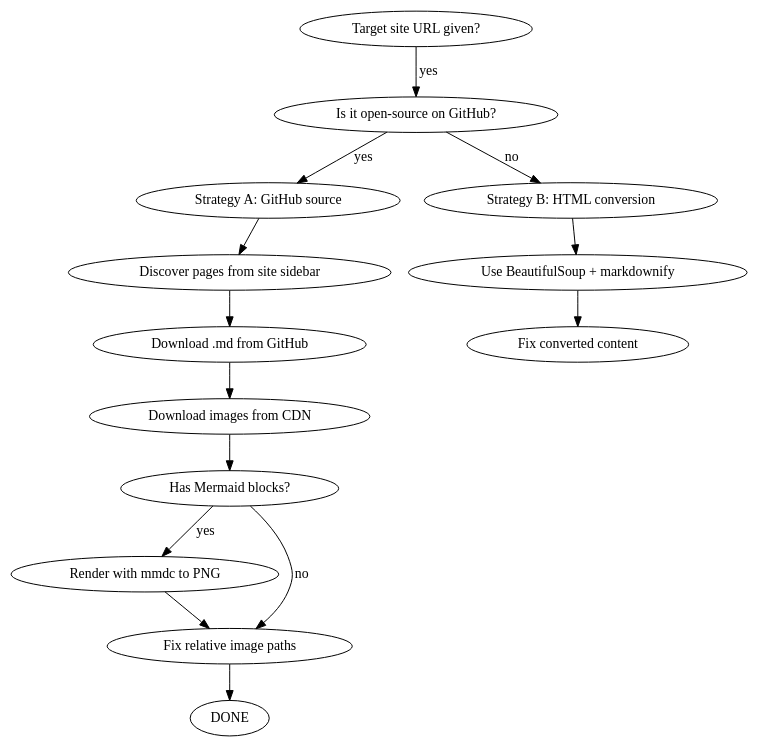
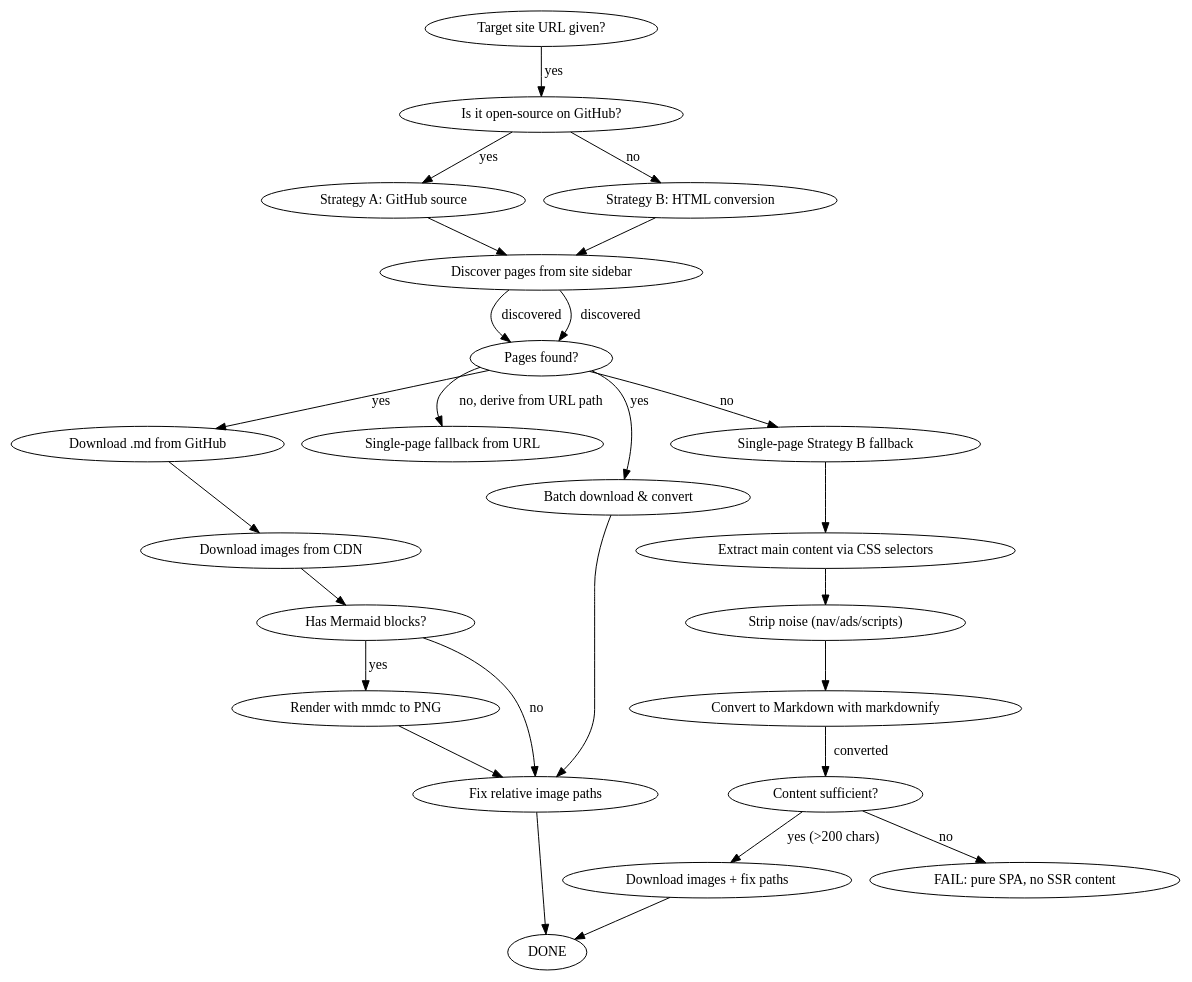
The diagram in skills/web-to-local-md/SKILL.md (Wendymayu/good-skills), drawn with Graphviz before and after one commit. The commit also changed other lines of this file and 2 other files, not shown here.

Commit message:
docs(web-to-local-md): update SKILL.md, common-issues, AGENTS.md for Strategy B

````diff
--- a/skills/web-to-local-md/SKILL.md
+++ b/skills/web-to-local-md/SKILL.md
@@ -29,17 +35,29 @@
 ```dot
 digraph decision {
   "Target site URL given?" -> "Is it open-source on GitHub?" [label="yes"];
   "Is it open-source on GitHub?" -> "Strategy A: GitHub source" [label="yes"];
   "Is it open-source on GitHub?" -> "Strategy B: HTML conversion" [label="no"];
   "Strategy A: GitHub source" -> "Discover pages from site sidebar";
-  "Discover pages from site sidebar" -> "Download .md from GitHub";
+  "Discover pages from site sidebar" -> "Pages found?" [label="discovered"];
+  "Pages found?" -> "Download .md from GitHub" [label="yes"];
+  "Pages found?" -> "Single-page fallback from URL" [label="no, derive from URL path"];
   "Download .md from GitHub" -> "Download images from CDN";
   "Download images from CDN" -> "Has Mermaid blocks?";
   "Has Mermaid blocks?" -> "Render with mmdc to PNG" [label="yes"];
   "Has Mermaid blocks?" -> "Fix relative image paths" [label="no"];
   "Render with mmdc to PNG" -> "Fix relative image paths";
-  "Strategy B: HTML conversion" -> "Use BeautifulSoup + markdownify";
-  "Use BeautifulSoup + markdownify" -> "Fix converted content";
+  "Strategy B: HTML conversion" -> "Discover pages from site sidebar";
+  "Discover pages from site sidebar" -> "Pages found?" [label="discovered"];
+  "Pages found?" -> "Batch download & convert" [label="yes"];
+  "Pages found?" -> "Single-page Strategy B fallback" [label="no"];
+  "Single-page Strategy B fallback" -> "Extract main content via CSS selectors";
+  "Extract main content via CSS selectors" -> "Strip noise (nav/ads/scripts)";
+  "Strip noise (nav/ads/scripts)" -> "Convert to Markdown with markdownify";
+  "Convert to Markdown with markdownify" -> "Content sufficient?" [label="converted"];
+  "Content sufficient?" -> "Download images + fix paths" [label="yes (>200 chars)"];
+  "Content sufficient?" -> "FAIL: pure SPA, no SSR content" [label="no"];
   "Fix relative image paths" -> "DONE";
+  "Download images + fix paths" -> "DONE";
+  "Batch download & convert" -> "Fix relative image paths";
 }
 ```
````
